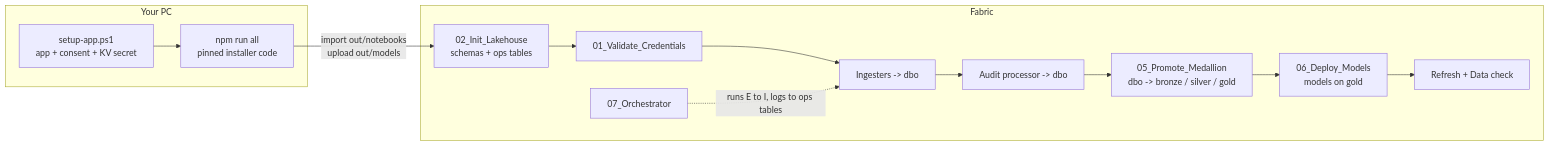
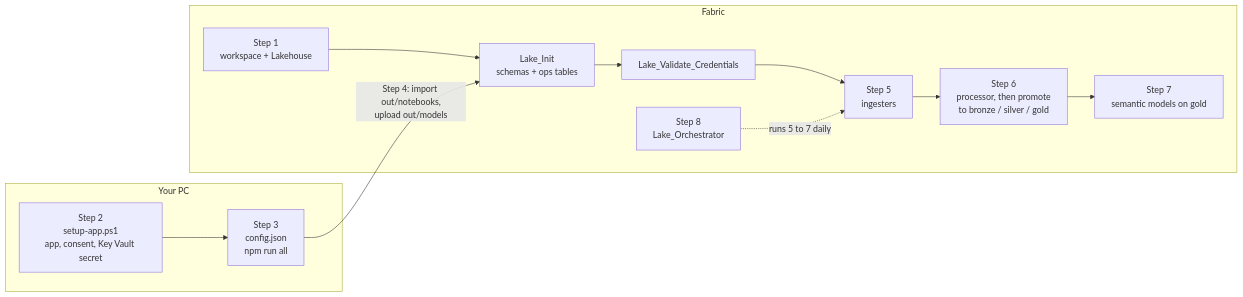
Before and after one commit to microsoft/universal-lake: the second of 3 diagrams in README.md, drawn with Mermaid. The commit also changed other lines of this file and 28 other files, not shown here.

````diff
--- a/README.md
+++ b/README.md
@@ -77,16 +75,15 @@
 ```mermaid
 flowchart LR
   subgraph PC[Your PC]
-    A[setup-app.ps1<br/>app + consent + KV secret] --> B[npm run all<br/>pinned installer code]
+    A[Step 2<br/>setup-app.ps1<br/>app, consent, Key Vault secret] --> B[Step 3<br/>config.json<br/>npm run all]
   end
   subgraph Fabric
-    B -->|import out/notebooks<br/>upload out/models| C[02_Init_Lakehouse<br/>schemas + ops tables]
-    C --> D[01_Validate_Credentials]
-    D --> E[Ingesters -> dbo]
-    E --> F[Audit processor -> dbo]
-    F --> G[05_Promote_Medallion<br/>dbo -> bronze / silver / gold]
-    G --> H[06_Deploy_Models<br/>models on gold]
-    H --> I[Refresh + Data check]
-    O[07_Orchestrator] -.->|"runs E to I, logs to ops tables"| E
+    W[Step 1<br/>workspace + Lakehouse] --> C
+    B -->|"Step 4: import out/notebooks,<br/>upload out/models"| C[Lake_Init<br/>schemas + ops tables]
+    C --> D[Lake_Validate_Credentials]
+    D --> E[Step 5<br/>ingesters]
+    E --> F[Step 6<br/>processor, then promote<br/>to bronze / silver / gold]
+    F --> H[Step 7<br/>semantic models on gold]
+    O[Step 8<br/>Lake_Orchestrator] -.->|runs 5 to 7 daily| E
   end
 ```
````
